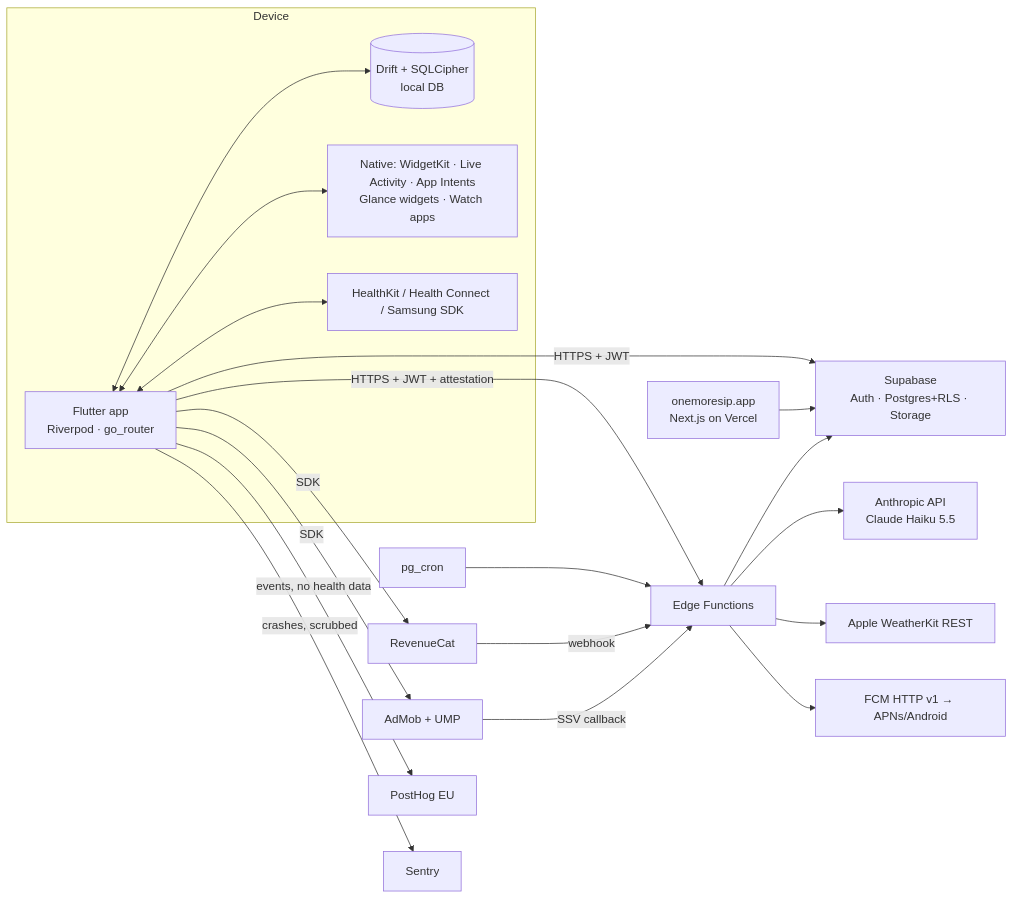
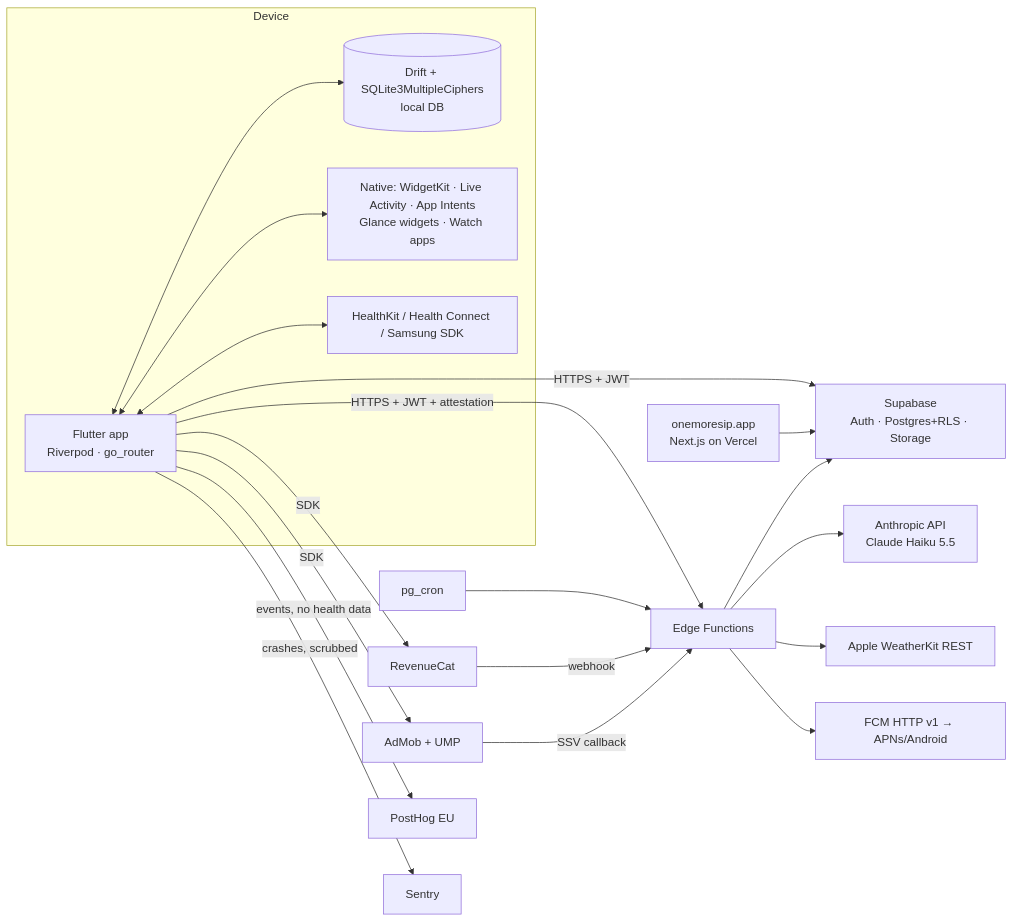
Before and after one commit to rendiero25/OneMoreSip: the diagram in docs/system-design.md, drawn with Mermaid. The commit also changed other lines of this file and 1 other file, not shown here.

Commit message:
docs: replace SQLCipher wording with SQLite3MultipleCiphers (D-32, D-33)

````diff
--- a/docs/system-design.md
+++ b/docs/system-design.md
@@ -11,26 +11,26 @@
 ```mermaid
 flowchart LR
   subgraph Device
     APP[Flutter app<br/>Riverpod · go_router]
-    DB[(Drift + SQLCipher<br/>local DB)]
+    DB[(Drift + SQLite3MultipleCiphers<br/>local DB)]
     NAT[Native: WidgetKit · Live Activity · App Intents<br/>Glance widgets · Watch apps]
     HK[HealthKit / Health Connect / Samsung SDK]
     APP <--> DB
     APP <--> NAT
     APP <--> HK
   end
   APP -- HTTPS + JWT --> SB[Supabase<br/>Auth · Postgres+RLS · Storage]
   APP -- HTTPS + JWT + attestation --> EF[Edge Functions]
   EF --> SB
   EF --> AI[Anthropic API<br/>Claude Haiku 5.5]
   EF --> WK[Apple WeatherKit REST]
   EF --> FCM[FCM HTTP v1 → APNs/Android]
   RC[RevenueCat] -- webhook --> EF
   APP -- SDK --> RC
   APP -- SDK --> ADS[AdMob + UMP]
   ADS -- SSV callback --> EF
   APP -- events, no health data --> PH[PostHog EU]
   APP -- crashes, scrubbed --> SE[Sentry]
   WEB[onemoresip.app<br/>Next.js on Vercel] --> SB
   CRON[pg_cron] --> EF
 ```
````
